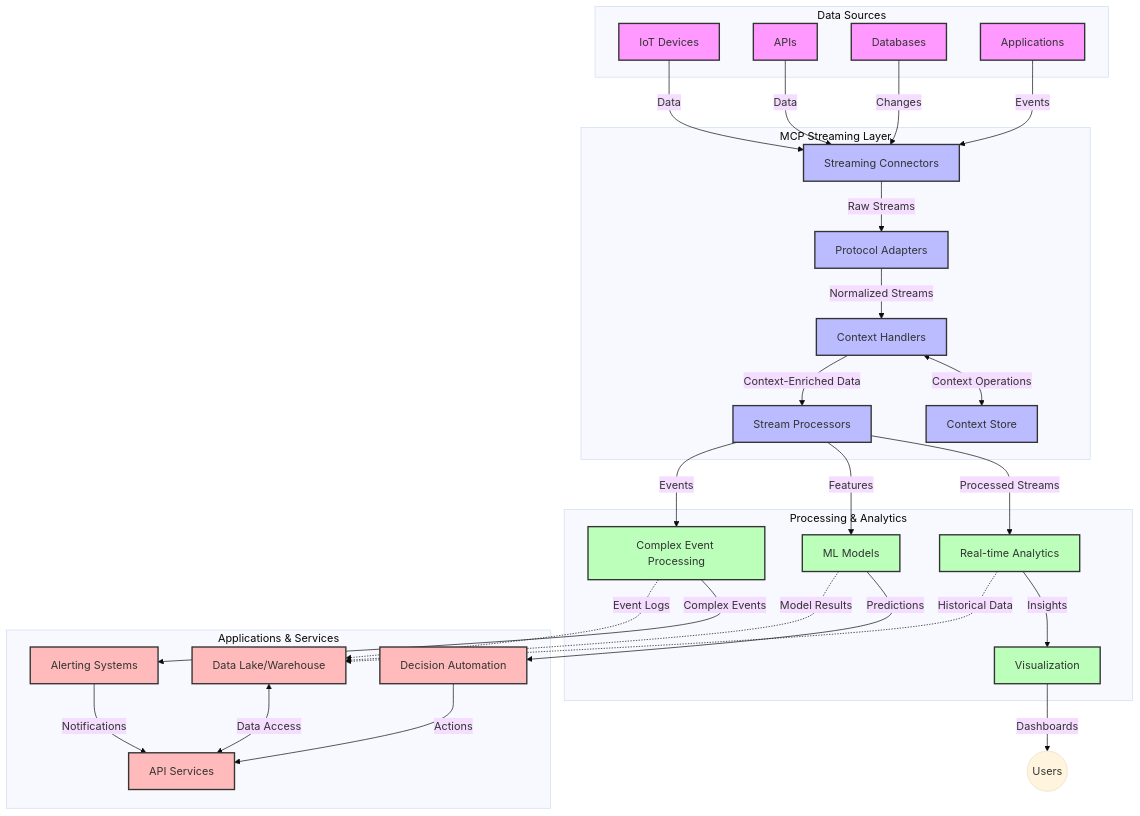
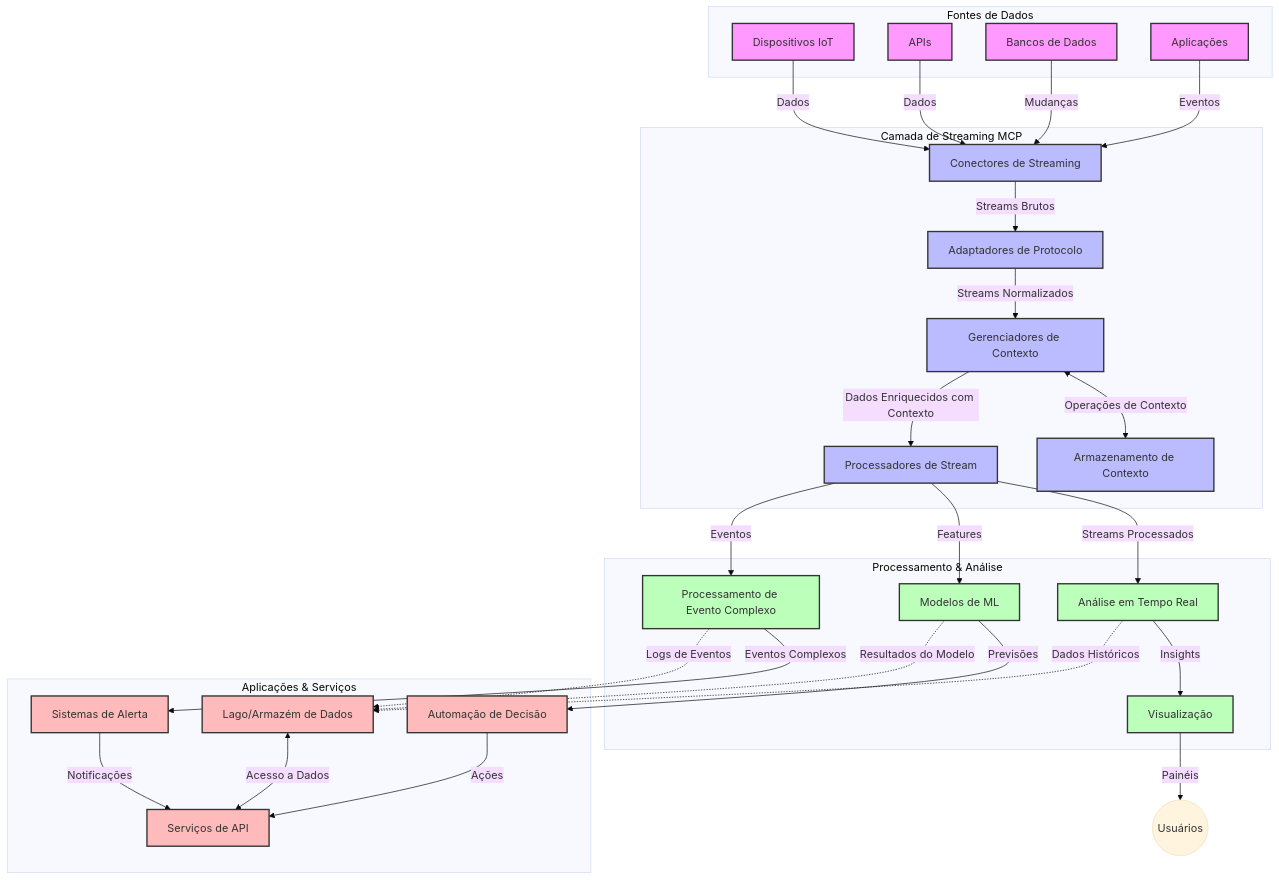
Before and after one commit to HIDORAKAI002/ai-workspace-archive: the diagram in mcp_ecosystem__model_context_protocol/mcp_learning_resources/mcp-for-beginners/translations/pt-BR/05-AdvancedTopics/mcp-realtimestreaming/README.md, drawn with Mermaid (base theme). The commit also changed other lines of this file and 1511 other files, not shown here.

Commit message:
chore(sync): update Public APIs Directory, Awesome ChatGPT Prompts, Dify, Activepieces, Trigger.dev, Windmill, Budibase, punkpeye/awesome-mcp-servers, +22 more

````diff
--- a/mcp_ecosystem__model_context_protocol/mcp_learning_resources/mcp-for-beginners/translations/pt-BR/05-AdvancedTopics/mcp-realtimestreaming/README.md
+++ b/mcp_ecosystem__model_context_protocol/mcp_learning_resources/mcp-for-beginners/translations/pt-BR/05-AdvancedTopics/mcp-realtimestreaming/README.md
@@ -90,67 +90,67 @@
 ```mermaid
 graph TD
-    subgraph "Data Sources"
-        IoT[IoT Devices]
+    subgraph "Fontes de Dados"
+        IoT[Dispositivos IoT]
         APIs[APIs]
-        DB[Databases]
-        Apps[Applications]
+        DB[Bancos de Dados]
+        Apps[Aplicações]
     end
 
-    subgraph "MCP Streaming Layer"
-        SC[Streaming Connectors]
-        PA[Protocol Adapters]
-        CH[Context Handlers]
-        SP[Stream Processors]
-        CS[Context Store]
+    subgraph "Camada de Streaming MCP"
+        SC[Conectores de Streaming]
+        PA[Adaptadores de Protocolo]
+        CH[Gerenciadores de Contexto]
+        SP[Processadores de Stream]
+        CS[Armazenamento de Contexto]
     end
 
-    subgraph "Processing & Analytics"
-        RT[Real-time Analytics]
-        ML[ML Models]
-        CEP[Complex Event Processing]
-        Viz[Visualization]
+    subgraph "Processamento & Análise"
+        RT[Análise em Tempo Real]
+        ML[Modelos de ML]
+        CEP[Processamento de Evento Complexo]
+        Viz[Visualização]
     end
 
-    subgraph "Applications & Services"
-        DA[Decision Automation]
-        Alerts[Alerting Systems]
-        DL[Data Lake/Warehouse]
-        API[API Services]
+    subgraph "Aplicações & Serviços"
+        DA[Automação de Decisão]
+        Alerts[Sistemas de Alerta]
+        DL[Lago/Armazém de Dados]
+        API[Serviços de API]
     end
 
-    IoT -->|Data| SC
-    APIs -->|Data| SC
-    DB -->|Changes| SC
-    Apps -->|Events| SC
+    IoT -->|Dados| SC
+    APIs -->|Dados| SC
+    DB -->|Mudanças| SC
+    Apps -->|Eventos| SC
     
-    SC -->|Raw Streams| PA
-    PA -->|Normalized Streams| CH
-    CH <-->|Context Operations| CS
-    CH -->|Context-Enriched Data| SP
-    SP -->|Processed Streams| RT
+    SC -->|Streams Brutos| PA
+    PA -->|Streams Normalizados| CH
+    CH <-->|Operações de Contexto| CS
+    CH -->|Dados Enriquecidos com Contexto| SP
+    SP -->|Streams Processados| RT
     SP -->|Features| ML
-    SP -->|Events| CEP
+    SP -->|Eventos| CEP
     
     RT -->|Insights| Viz
-    ML -->|Predictions| DA
-    CEP -->|Complex Events| Alerts
-    Viz -->|Dashboards| Users((Users))
+    ML -->|Previsões| DA
+    CEP -->|Eventos Complexos| Alerts
+    Viz -->|Painéis| Users((Usuários))
     
-    RT -.->|Historical Data| DL
-    ML -.->|Model Results| DL
-    CEP -.->|Event Logs| DL
+    RT -.->|Dados Históricos| DL
+    ML -.->|Resultados do Modelo| DL
+    CEP -.->|Logs de Eventos| DL
     
-    DA -->|Actions| API
-    Alerts -->|Notifications| API
-    DL <-->|Data Access| API
+    DA -->|Ações| API
+    Alerts -->|Notificações| API
+    DL <-->|Acesso a Dados| API
     
     classDef sources fill:#f9f,stroke:#333,stroke-width:2px
     classDef mcp fill:#bbf,stroke:#333,stroke-width:2px
     classDef processing fill:#bfb,stroke:#333,stroke-width:2px
     classDef apps fill:#fbb,stroke:#333,stroke-width:2px
     
     class IoT,APIs,DB,Apps sources
     class SC,PA,CH,SP,CS mcp
     class RT,ML,CEP,Viz processing
     class DA,Alerts,DL,API apps
 ```
````
